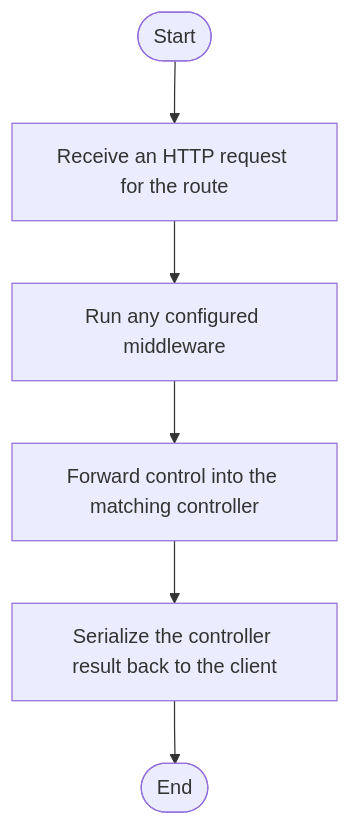
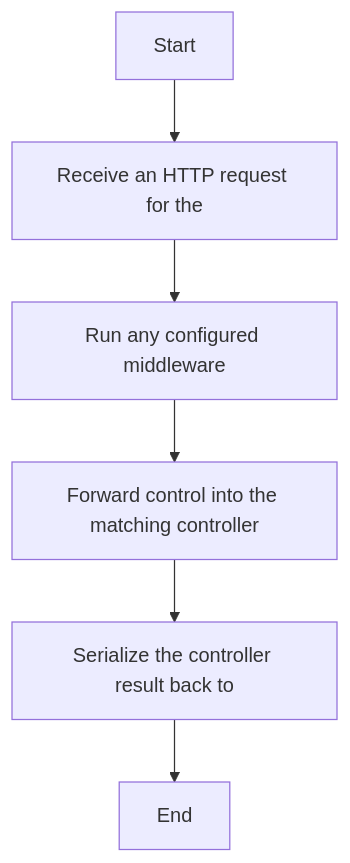
Before and after one commit to JohnAndrewBalbarosa/NeoTerritory: the diagram in docs/Codebase/Backend/src/routes/auth.js.md, drawn with Mermaid. The commit also changed other lines of this file and 752 other files, not shown here.

````diff
--- a/docs/Codebase/Backend/src/routes/auth.js.md
+++ b/docs/Codebase/Backend/src/routes/auth.js.md
@@ -31,14 +22,14 @@
 ```mermaid
 flowchart TD
-    Start([Start])
-    N0[Receive an HTTP request for the route]
-    N1[Run any configured middleware]
-    N2[Forward control into the matching controller]
-    N3[Serialize the controller result back to the client]
-    End([End])
+    Start["Start"]
+    N0["Receive an HTTP request for the"]
+    N1["Run any configured middleware"]
+    N2["Forward control into the matching controller"]
+    N3["Serialize the controller result back to"]
+    End["End"]
     Start --> N0
     N0 --> N1
     N1 --> N2
     N2 --> N3
     N3 --> End
 ```
````
